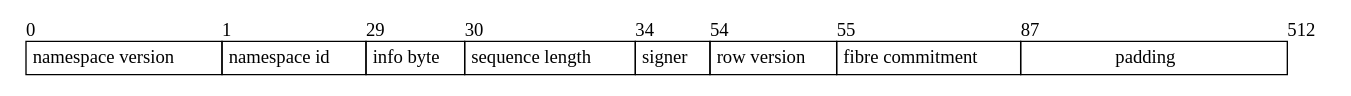
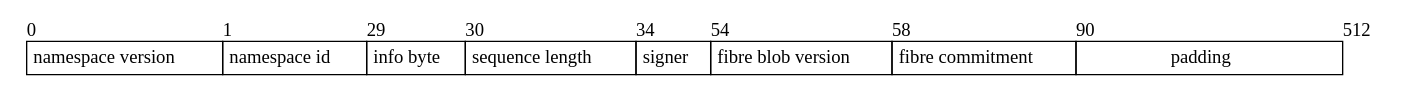
The diagram in figures/system-level-blob.dot (celestiaorg/celestia-app), drawn with Graphviz before and after one commit. The commit also changed 1 other file, not shown here.

Commit message:
docs: update diagram

```diff
--- a/figures/system-level-blob.dot
+++ b/figures/system-level-blob.dot
@@ -1,29 +1,29 @@
 digraph G {
     node [shape = record, penwidth = 0];
 
     share [label=<
     <table border="0" cellborder="1" cellspacing="0">
         <tr>
             <td align="left" border="0" cellpadding="0">0</td>
             <td align="left" border="0" cellpadding="0">1</td>
             <td align="left" border="0" cellpadding="0">29</td>
             <td align="left" border="0" cellpadding="0">30</td>
             <td align="left" border="0" cellpadding="0">34</td>
             <td align="left" border="0" cellpadding="0">54</td>
-            <td align="left" border="0" cellpadding="0">55</td>
-            <td align="left" border="0" cellpadding="0">87</td>
+            <td align="left" border="0" cellpadding="0">58</td>
+            <td align="left" border="0" cellpadding="0">90</td>
             <td align="left" border="0" cellpadding="0">512</td>
         </tr>
         <tr>
             <td width="4" cellpadding="4">namespace version</td>
             <td width="4" cellpadding="4">namespace id</td>
             <td width="4" cellpadding="4">info byte</td>
             <td width="4" cellpadding="4">sequence length</td>
             <td width="4" cellpadding="4">signer</td>
-            <td width="4" cellpadding="4">row version</td>
+            <td width="4" cellpadding="4">fibre blob version</td>
             <td width="4" cellpadding="4">fibre commitment</td>
             <td width="200" cellpadding="4">padding</td>
         </tr>
     </table>
     >];
 }
```
